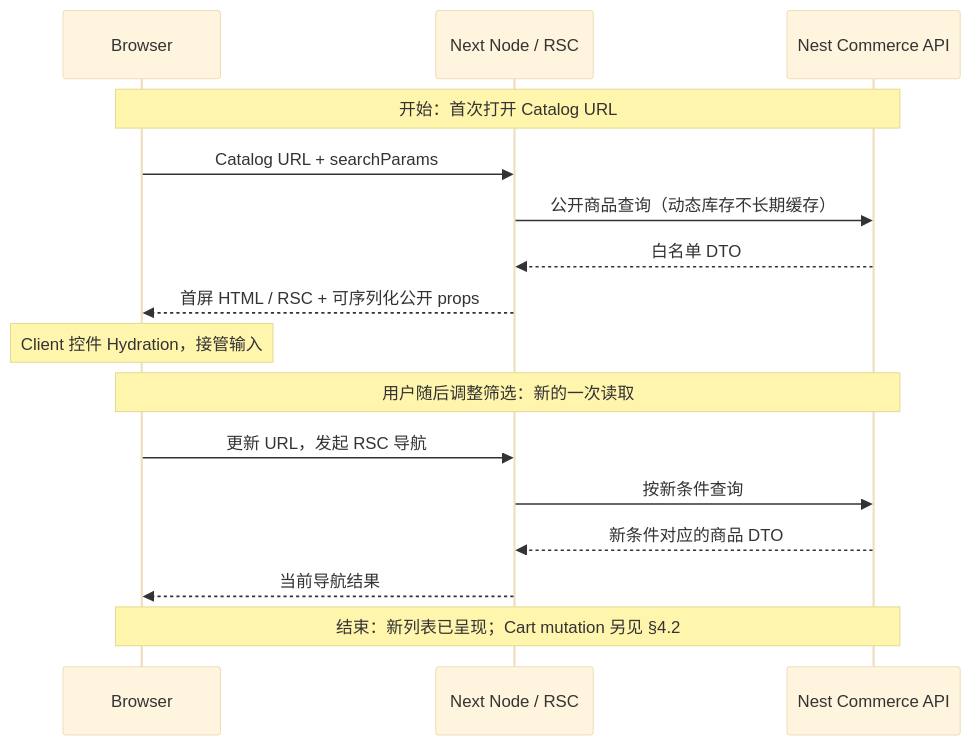
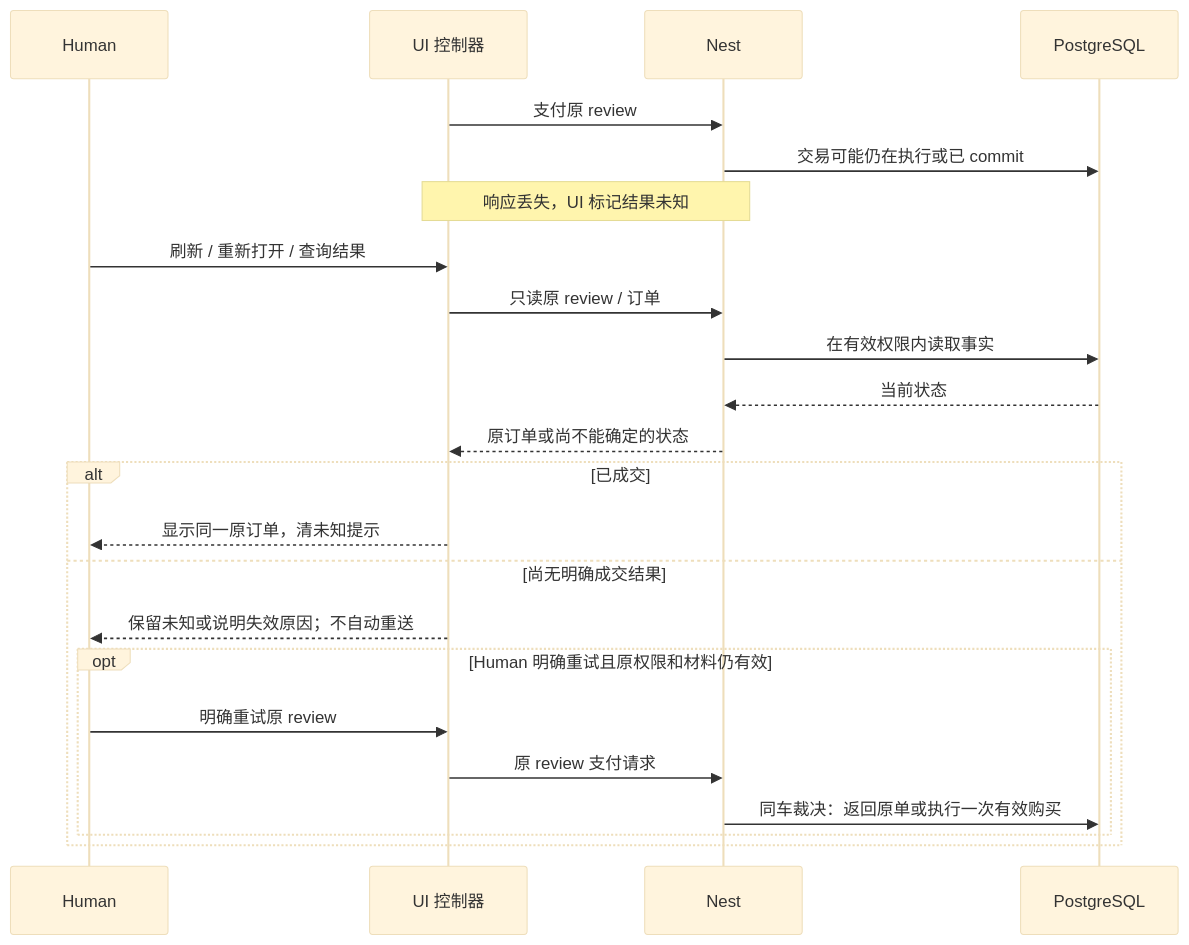
The ninth of 9 diagrams in docs/engineering/TECHNICAL_DESIGN.md (linshuohao/agent-ready-store), drawn with Mermaid (base theme) before and after one commit. The commit also changed other lines of this file, not shown here.

````diff
--- a/docs/engineering/TECHNICAL_DESIGN.md
+++ b/docs/engineering/TECHNICAL_DESIGN.md
@@ -331,18 +381,25 @@
 ```mermaid
 sequenceDiagram
-    participant B as Browser
-    participant N as Next Node / RSC
-    participant A as Nest Commerce API
-    Note over B,A: 开始：首次打开 Catalog URL
-    B->>N: Catalog URL + searchParams
-    N->>A: 公开商品查询（动态库存不长期缓存）
-    A-->>N: 白名单 DTO
-    N-->>B: 首屏 HTML / RSC + 可序列化公开 props
-    Note over B: Client 控件 Hydration，接管输入
-    Note over B,A: 用户随后调整筛选：新的一次读取
-    B->>N: 更新 URL，发起 RSC 导航
-    N->>A: 按新条件查询
-    A-->>N: 新条件对应的商品 DTO
-    N-->>B: 当前导航结果
-    Note over B,A: 结束：新列表已呈现；Cart mutation 另见 §4.2
+    participant H as Human
+    participant U as UI 控制器
+    participant N as Nest
+    participant D as PostgreSQL
+    U->>N: 支付原 review
+    N->>D: 交易可能仍在执行或已 commit
+    Note over U,N: 响应丢失，UI 标记结果未知
+    H->>U: 刷新 / 重新打开 / 查询结果
+    U->>N: 只读原 review / 订单
+    N->>D: 在有效权限内读取事实
+    D-->>N: 当前状态
+    N-->>U: 原订单或尚不能确定的状态
+    alt 已成交
+        U-->>H: 显示同一原订单，清未知提示
+    else 尚无明确成交结果
+        U-->>H: 保留未知或说明失效原因；不自动重送
+        opt Human 明确重试且原权限和材料仍有效
+            H->>U: 明确重试原 review
+            U->>N: 原 review 支付请求
+            N->>D: 同车裁决：返回原单或执行一次有效购买
+        end
+    end
 ```
````
